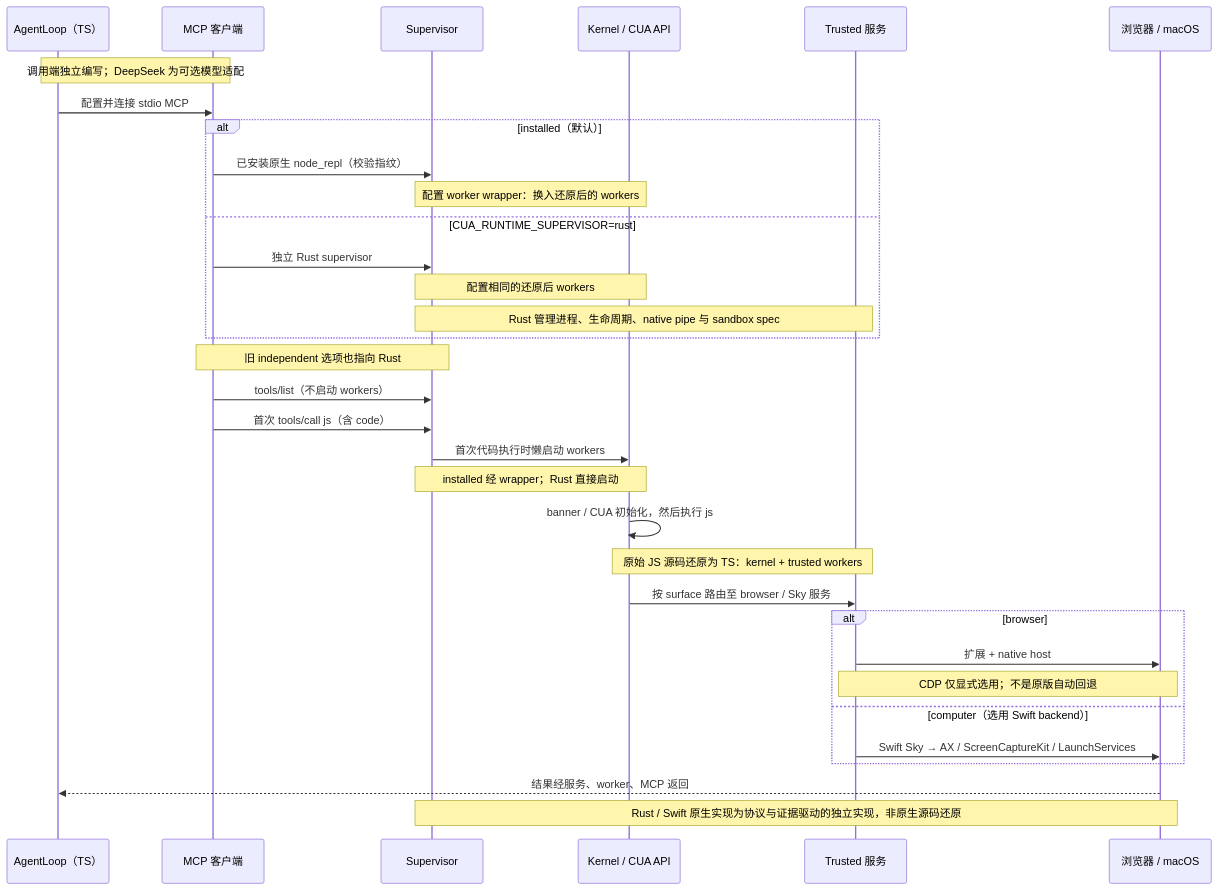
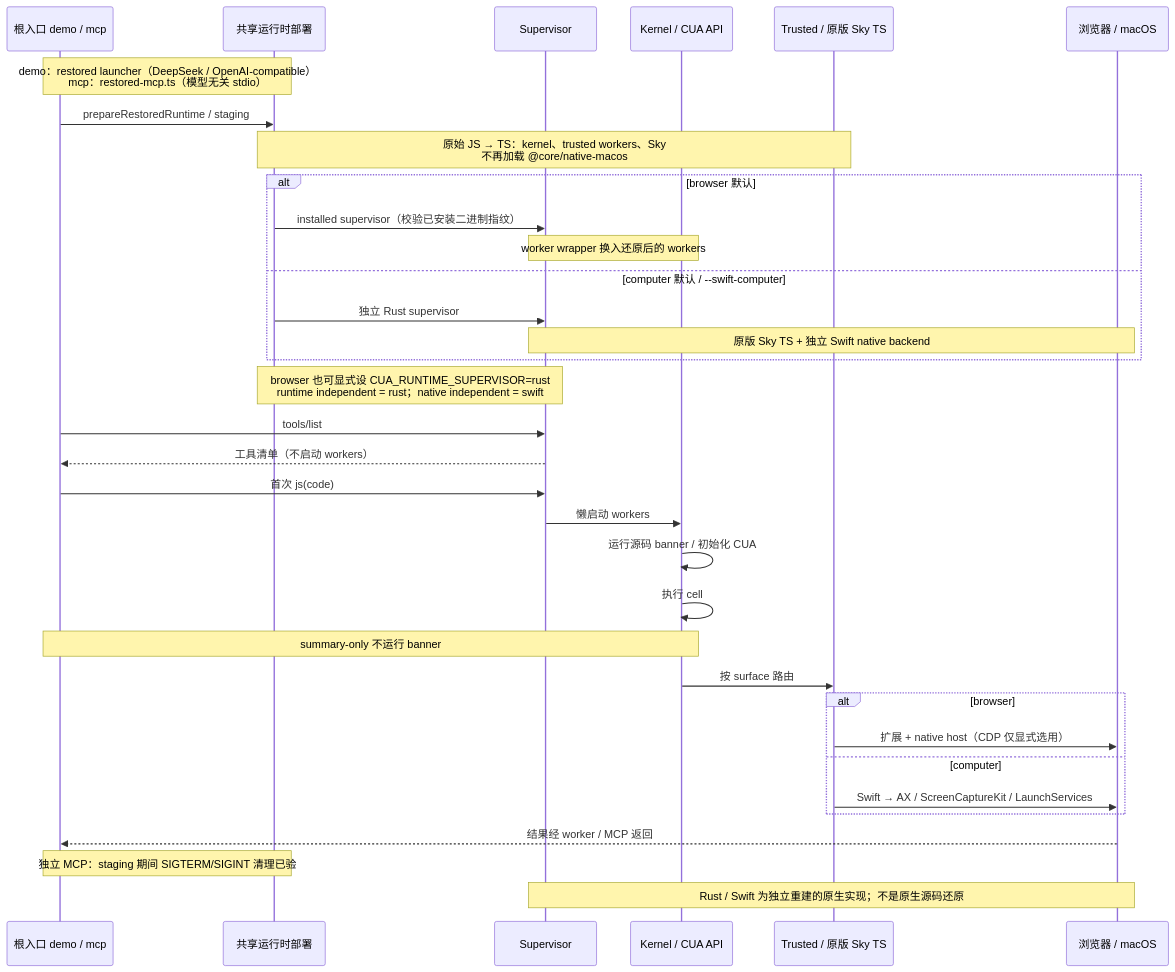
Before and after one commit to vicksiyi/cua-kit: the diagram in docs/diagrams/current-runtime-loading.mmd, drawn with Mermaid. The commit also changed 3 other files, not shown here.

Commit message:
docs: synchronize Lark architecture with migrated default runtime entries

```diff
--- a/docs/diagrams/current-runtime-loading.mmd
+++ b/docs/diagrams/current-runtime-loading.mmd
@@ -1,33 +1,34 @@
 sequenceDiagram
-    participant A as AgentLoop（TS）
-    participant M as MCP 客户端
+    participant E as 根入口 demo / mcp
+    participant P as 共享运行时部署
     participant S as Supervisor
     participant K as Kernel / CUA API
-    participant T as Trusted 服务
+    participant T as Trusted / 原版 Sky TS
     participant H as 浏览器 / macOS
-    Note over A,M: 调用端独立编写；DeepSeek 为可选模型适配
-    A->>M: 配置并连接 stdio MCP
-    alt installed（默认）
-        M->>S: 已安装原生 node_repl（校验指纹）
-        Note over S,K: 配置 worker wrapper：换入还原后的 workers
-    else CUA_RUNTIME_SUPERVISOR=rust
-        M->>S: 独立 Rust supervisor
-        Note over S,K: 配置相同的还原后 workers
-        Note over S,T: Rust 管理进程、生命周期、native pipe 与 sandbox spec
+    Note over E,P: demo：restored launcher（DeepSeek / OpenAI-compatible）<br/>mcp：restored-mcp.ts（模型无关 stdio）
+    E->>P: prepareRestoredRuntime / staging
+    Note over P,T: 原始 JS → TS：kernel、trusted workers、Sky<br/>不再加载 @core/native-macos
+    alt browser 默认
+        P->>S: installed supervisor（校验已安装二进制指纹）
+        Note over S,K: worker wrapper 换入还原后的 workers
+    else computer 默认 / --swift-computer
+        P->>S: 独立 Rust supervisor
+        Note over S,H: 原版 Sky TS + 独立 Swift native backend
     end
-    Note over M,S: 旧 independent 选项也指向 Rust
-    M->>S: tools/list（不启动 workers）
-    M->>S: 首次 tools/call js（含 code）
-    S->>K: 首次代码执行时懒启动 workers
-    Note over S,K: installed 经 wrapper；Rust 直接启动
-    K->>K: banner / CUA 初始化，然后执行 js
-    Note over K,T: 原始 JS 源码还原为 TS：kernel + trusted workers
-    K->>T: 按 surface 路由至 browser / Sky 服务
+    Note over P,S: browser 也可显式设 CUA_RUNTIME_SUPERVISOR=rust<br/>runtime independent = rust；native independent = swift
+    E->>S: tools/list
+    S-->>E: 工具清单（不启动 workers）
+    E->>S: 首次 js(code)
+    S->>K: 懒启动 workers
+    K->>K: 运行源码 banner / 初始化 CUA
+    K->>K: 执行 cell
+    Note over E,K: summary-only 不运行 banner
+    K->>T: 按 surface 路由
     alt browser
-        T->>H: 扩展 + native host
-        Note over T,H: CDP 仅显式选用；不是原版自动回退
-    else computer（选用 Swift backend）
-        T->>H: Swift Sky → AX / ScreenCaptureKit / LaunchServices
+        T->>H: 扩展 + native host（CDP 仅显式选用）
+    else computer
+        T->>H: Swift → AX / ScreenCaptureKit / LaunchServices
     end
-    H-->>A: 结果经服务、worker、MCP 返回
-    Note over S,H: Rust / Swift 原生实现为协议与证据驱动的独立实现，非原生源码还原
+    H-->>E: 结果经 worker / MCP 返回
+    Note over E,P: 独立 MCP：staging 期间 SIGTERM/SIGINT 清理已验
+    Note over S,H: Rust / Swift 为独立重建的原生实现；不是原生源码还原
```
